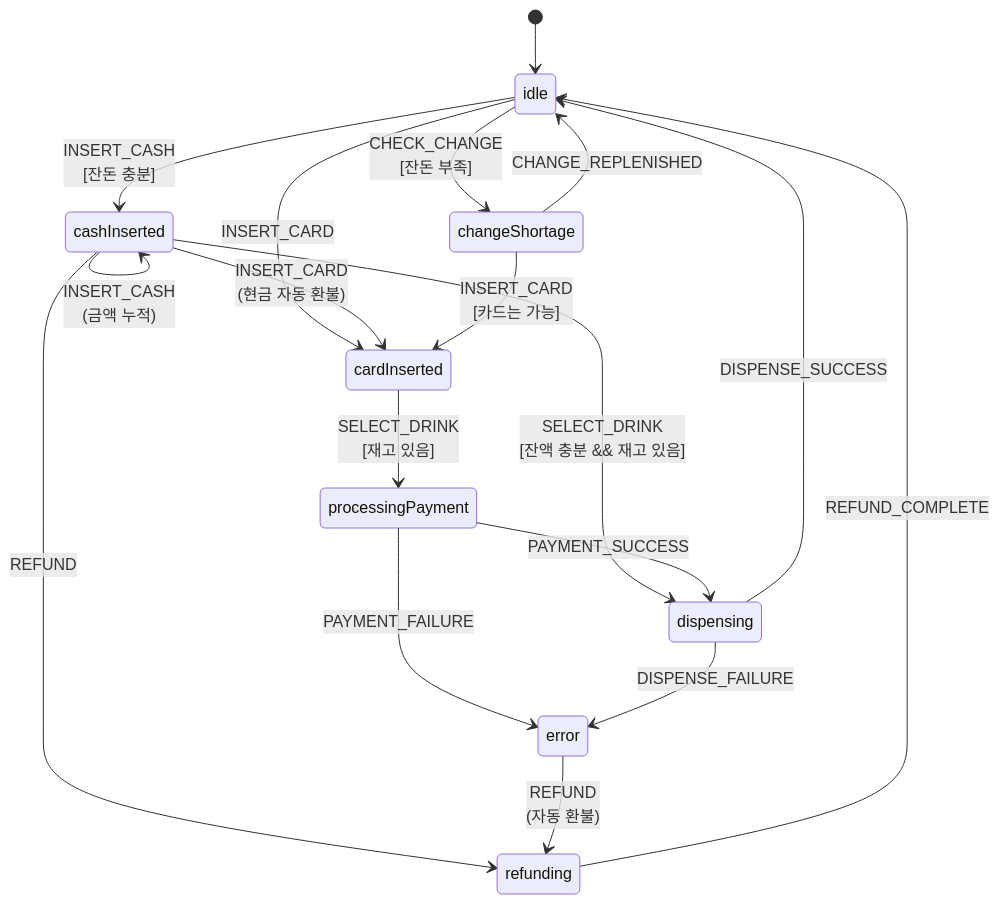
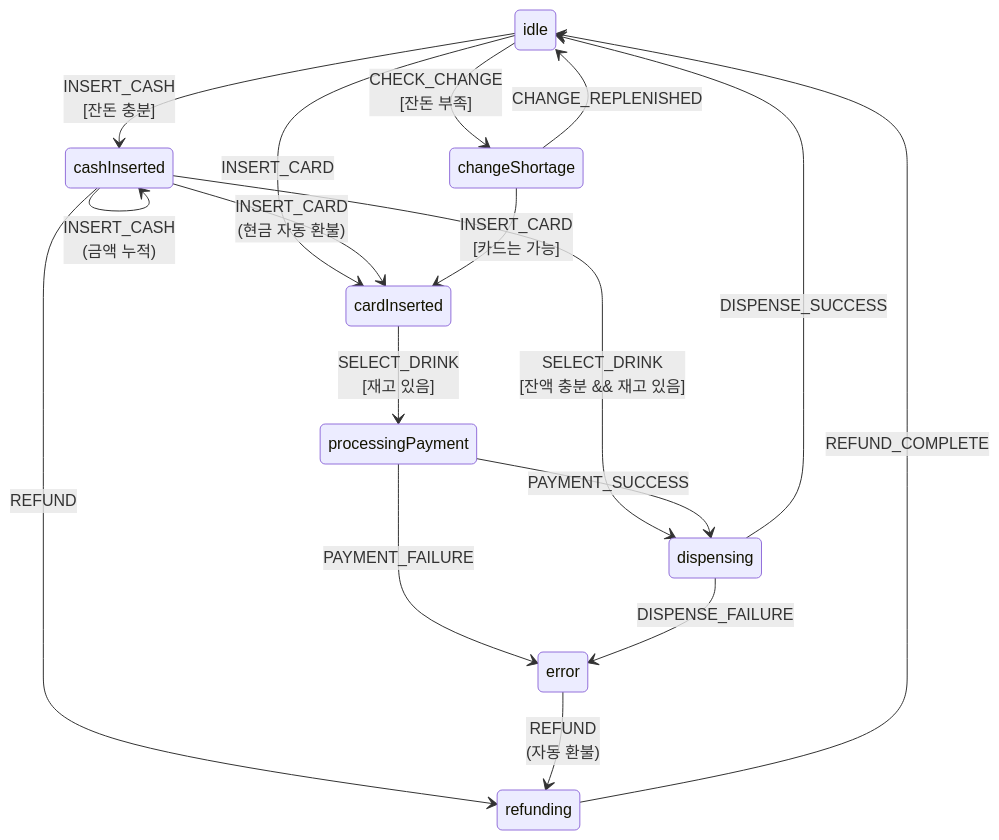
Before and after one commit to hetarho/haeram-vending-machine: the diagram in README.md, drawn with Mermaid.

````diff
--- a/README.md
+++ b/README.md
@@ -26,28 +26,26 @@
 ```mermaid
 stateDiagram-v2
-    [*] --> idle
-    
     idle --> cashInserted: INSERT_CASH<br/>[잔돈 충분]
     idle --> cardInserted: INSERT_CARD
     idle --> changeShortage: CHECK_CHANGE<br/>[잔돈 부족]
     
     cashInserted --> cashInserted: INSERT_CASH<br/>(금액 누적)
     cashInserted --> dispensing: SELECT_DRINK<br/>[잔액 충분 && 재고 있음]
     cashInserted --> refunding: REFUND
     cashInserted --> cardInserted: INSERT_CARD<br/>(현금 자동 환불)
     
     cardInserted --> processingPayment: SELECT_DRINK<br/>[재고 있음]
     
     processingPayment --> dispensing: PAYMENT_SUCCESS
     processingPayment --> error: PAYMENT_FAILURE
     
     dispensing --> idle: DISPENSE_SUCCESS
     dispensing --> error: DISPENSE_FAILURE
     
     refunding --> idle: REFUND_COMPLETE
     
     changeShortage --> idle: CHANGE_REPLENISHED
     changeShortage --> cardInserted: INSERT_CARD<br/>[카드는 가능]
     
     error --> refunding: REFUND<br/>(자동 환불)
 ```
````
